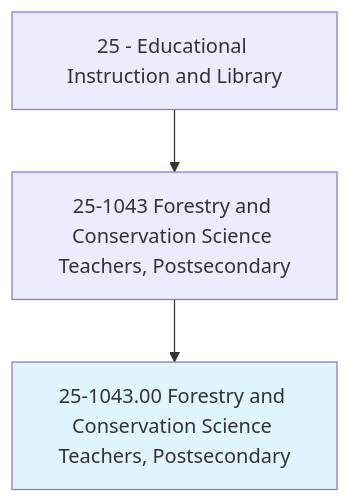
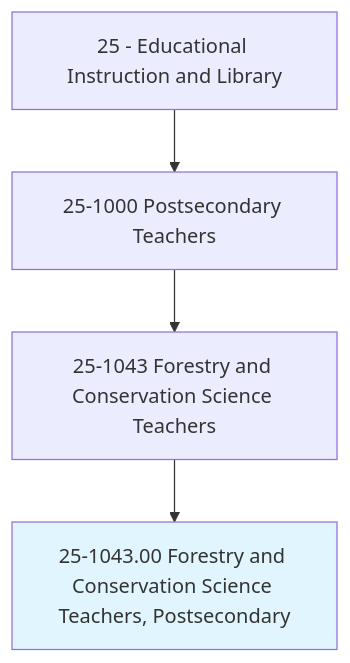
One commit to kziemski/business.org.ai changed the first of 4 diagrams in occupations/Education/ForestryAndConservationScienceTeachersPostsecondary.mdx. Above: the diagram before and after it, drawn with Mermaid. The commit also changed other lines of this file and 938 other files, not shown here.

````diff
--- a/occupations/Education/ForestryAndConservationScienceTeachersPostsecondary.mdx
+++ b/occupations/Education/ForestryAndConservationScienceTeachersPostsecondary.mdx
@@ -19,6 +23,7 @@
 ```mermaid
 graph TD
-    Cat25["25 - Educational Instruction and Library"] --> Group251043["25-1043 Forestry and Conservation Science Teachers, Postsecondary"]
+    Cat25["25 - Educational Instruction and Library"] --> Group251["25-1000 Postsecondary Teachers"]
+    Group251 --> Group251043["25-1043 Forestry and Conservation Science Teachers"]
     Group251043 --> Current["25-1043.00 Forestry and Conservation Science Teachers, Postsecondary"]
     style Current fill:#e1f5fe
 ```
````
